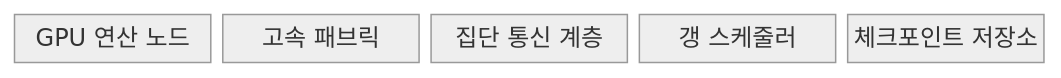
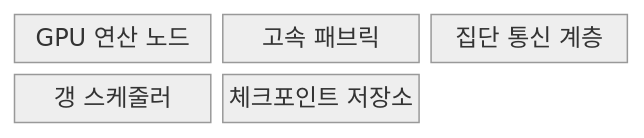
Before and after one commit to agnusdei1207/knowledge-base: the first of 2 diagrams in src/content/docs/notes/08-latest-tech/139_gpu_cluster.md, drawn with Mermaid (neutral theme). The commit also changed 53 other files, not shown here.

````diff
--- a/src/content/docs/notes/08-latest-tech/139_gpu_cluster.md
+++ b/src/content/docs/notes/08-latest-tech/139_gpu_cluster.md
@@ -50,9 +50,9 @@
 ```mermaid
 block-beta
-    columns 5
+    columns 3
     N["GPU 연산 노드"]
     F["고속 패브릭"]
     C["집단 통신 계층"]
     S["갱 스케줄러"]
     R["체크포인트 저장소"]
 ```
````
